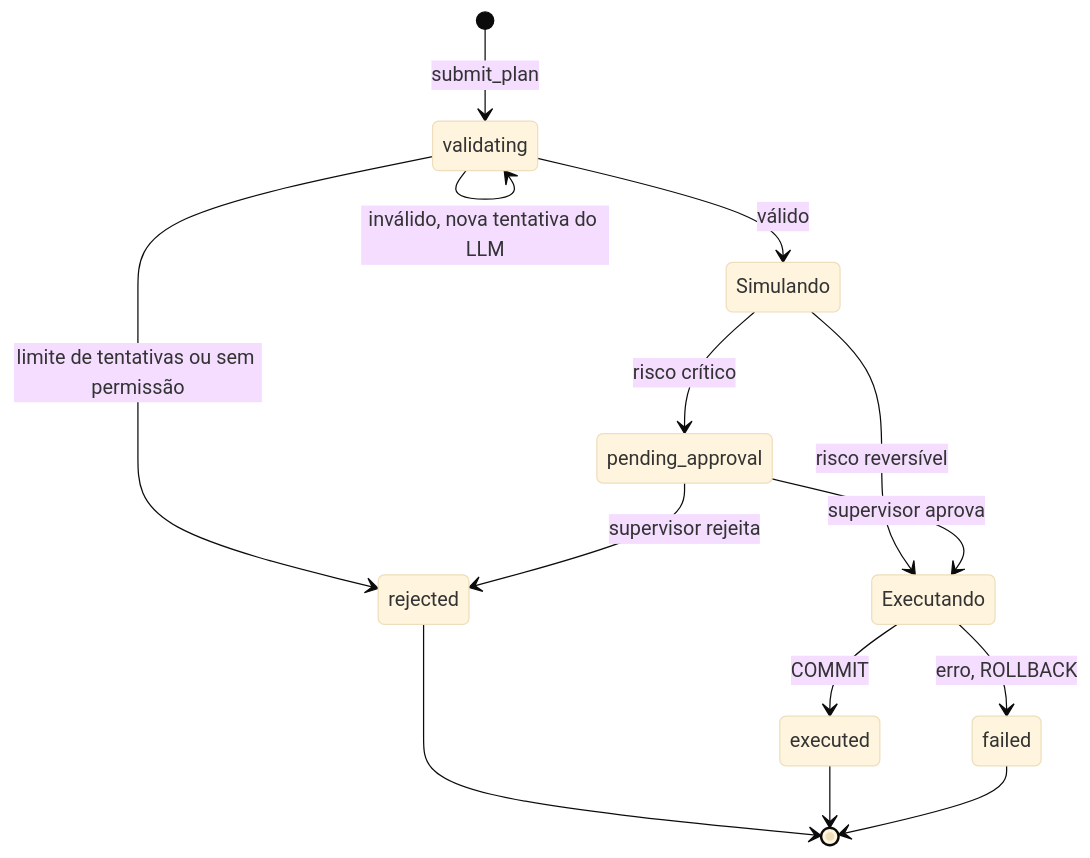
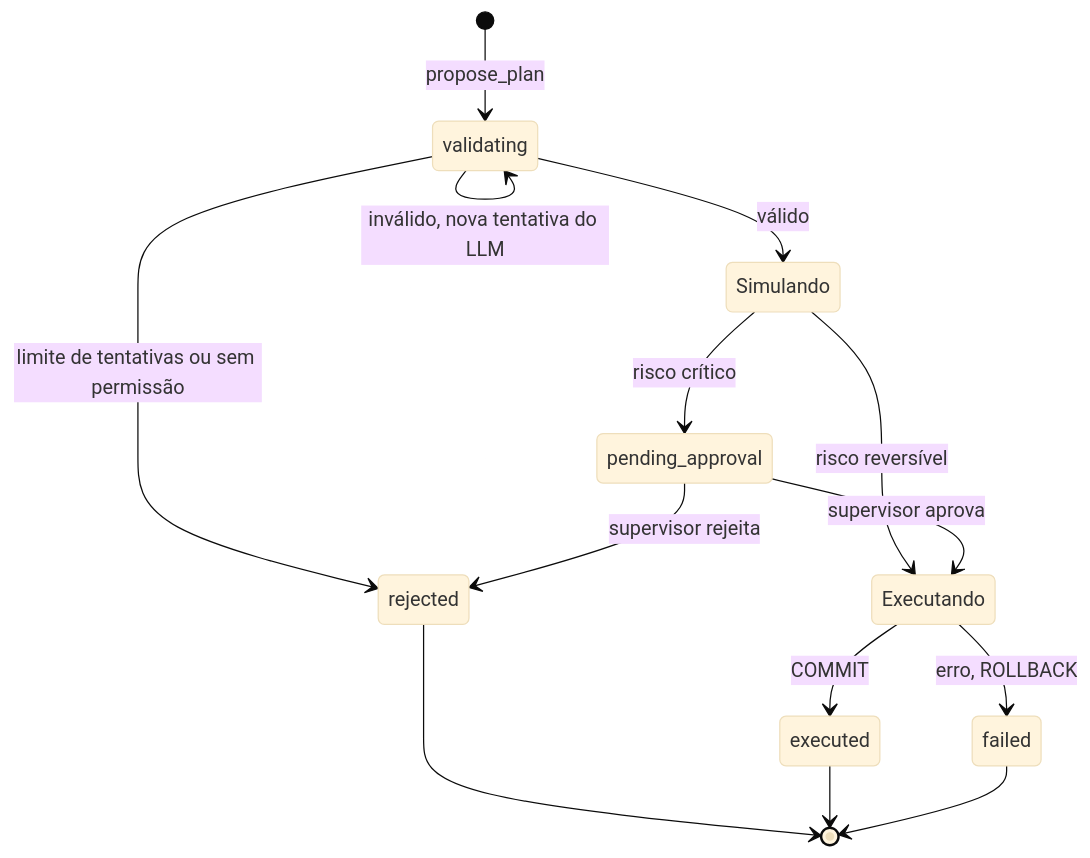
The fourth of 6 diagrams in references/DIAGRAMAS.md (DevSamuelSCesar/ERP-Inteligente), drawn with Mermaid (base theme) before and after one commit. The commit also changed other lines of this file and 126 other files, not shown here.

````diff
--- a/references/DIAGRAMAS.md
+++ b/references/DIAGRAMAS.md
@@ -181,16 +184,16 @@
 ```mermaid
 stateDiagram-v2
-    [*] --> validating: submit_plan
+    [*] --> validating: propose_plan
     validating --> validating: inválido, nova tentativa do LLM
     validating --> rejected: limite de tentativas ou sem permissão
     validating --> Simulando: válido
     Simulando --> pending_approval: risco crítico
     Simulando --> Executando: risco reversível
     pending_approval --> Executando: supervisor aprova
     pending_approval --> rejected: supervisor rejeita
     Executando --> executed: COMMIT
     Executando --> failed: erro, ROLLBACK
     rejected --> [*]
     executed --> [*]
     failed --> [*]
 ```
````
